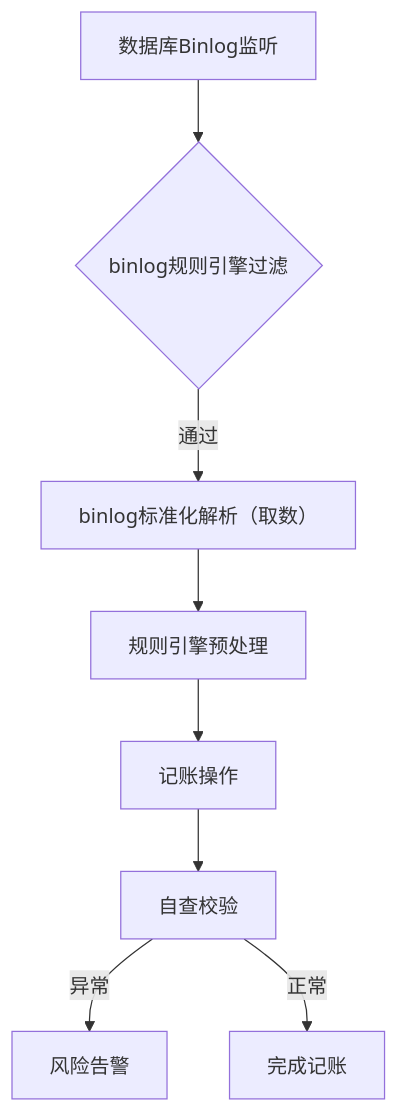
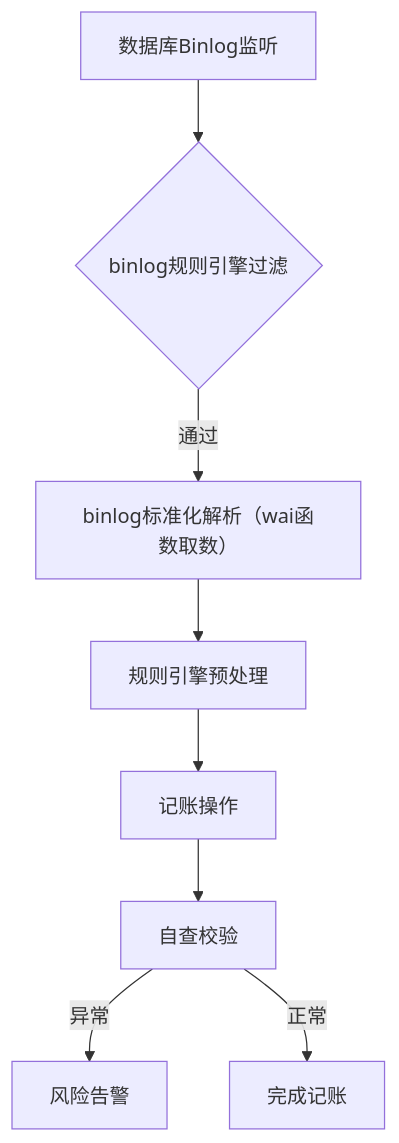
One commit to 87828943/iodraw-files changed the diagram in all/架构流程.md. Above: the diagram before and after it, drawn with Mermaid.

Commit message:
2025-07-07 10:56:16 update

````diff
--- a/all/架构流程.md
+++ b/all/架构流程.md
@@ -1,10 +1,10 @@
 ```mermaid
 graph TD
     A[数据库Binlog监听] --> B{binlog规则引擎过滤}
-    B -->|通过| C[binlog标准化解析（取数）]
+    B -->|通过| C[binlog标准化解析（wai函数取数）]
     C --> D[规则引擎预处理]
     D --> E[记账操作]
     E --> F[自查校验]
     F -->|异常| G[风险告警]
     F -->|正常| H[完成记账]
 ```
````
